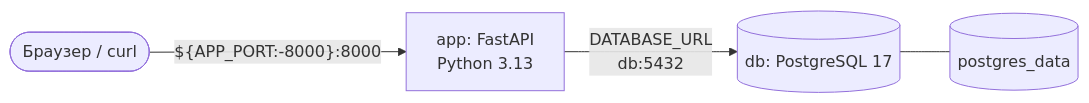
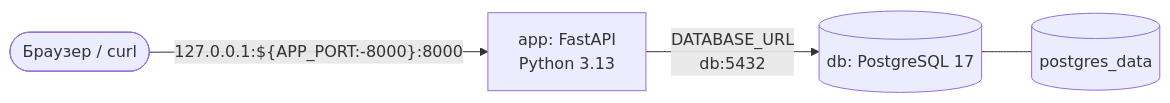
The diagram in docs/environment-schema.md (KamilS25/app-conf-project-LifeFlow), drawn with Mermaid before and after one commit. The commit also changed other lines of this file and 10 other files, not shown here.

````diff
--- a/docs/environment-schema.md
+++ b/docs/environment-schema.md
@@ -31,11 +30,11 @@
 ```mermaid
 flowchart LR
     user([Браузер / curl])
     app["app: FastAPI<br/>Python 3.13"]
     db[("db: PostgreSQL 17")]
     vol[("postgres_data")]
 
-    user -->|"${APP_PORT:-8000}:8000"| app
+    user -->|"127.0.0.1:${APP_PORT:-8000}:8000"| app
     app -->|"DATABASE_URL<br/>db:5432"| db
     db --- vol
 ```
````
